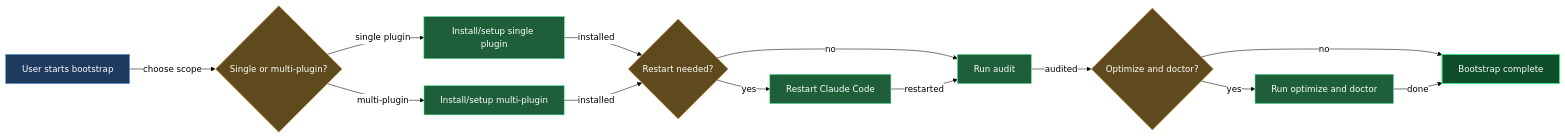
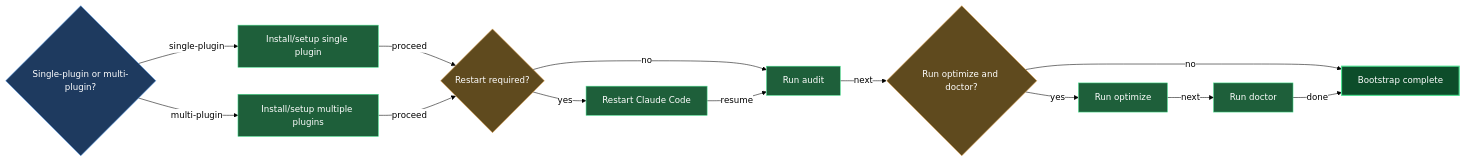
The diagram in claude/lazycortex-core/help/install-and-audit.md (mebius-san/lazy-cortex), drawn with Mermaid before and after one commit. The commit also changed other lines of this file and 35 other files, not shown here.

````diff
--- a/claude/lazycortex-core/help/install-and-audit.md
+++ b/claude/lazycortex-core/help/install-and-audit.md
@@ -105,43 +105,43 @@
 ```mermaid
 %%{init: {'themeVariables':{'background':'transparent','lineColor':'#000','textColor':'#000','edgeLabelBackground':'#fff'},'themeCSS':'.edgeLabel{background-color:transparent!important}.edgeLabel p{background-color:transparent!important}','flowchart':{'diagramPadding':5,'useMaxWidth':true}}}%%
 flowchart LR
-  userStartsBootstrap[User starts bootstrap]
-  singleOrMultiPlugin{Single or multi-plugin?}
-  installSetupSingle[Install/setup single plugin]
-  installSetupMulti[Install/setup multi-plugin]
-  restartNeeded{Restart needed?}
-  restartClaude[Restart Claude Code]
+  chooseBootstrapMode{Single-plugin or multi-plugin?}
+  installSinglePlugin[Install/setup single plugin]
+  installMultiplePlugins[Install/setup multiple plugins]
+  restartNeeded{Restart required?}
+  restartClaudeCode[Restart Claude Code]
   runAudit[Run audit]
-  optimizeDoctor{Optimize and doctor?}
-  runOptimizeDoctor[Run optimize and doctor]
+  optimizeDoctorNeeded{Run optimize and doctor?}
+  runOptimize[Run optimize]
+  runDoctor[Run doctor]
   bootstrapComplete[Bootstrap complete]
 
-  userStartsBootstrap -->|choose scope| singleOrMultiPlugin
-  singleOrMultiPlugin -->|single plugin| installSetupSingle
-  singleOrMultiPlugin -->|multi-plugin| installSetupMulti
-  installSetupSingle -->|installed| restartNeeded
-  installSetupMulti -->|installed| restartNeeded
-  restartNeeded -->|yes| restartClaude
+  chooseBootstrapMode -->|single-plugin| installSinglePlugin
+  chooseBootstrapMode -->|multi-plugin| installMultiplePlugins
+  installSinglePlugin -->|proceed| restartNeeded
+  installMultiplePlugins -->|proceed| restartNeeded
+  restartNeeded -->|yes| restartClaudeCode
   restartNeeded -->|no| runAudit
-  restartClaude -->|restarted| runAudit
-  runAudit -->|audited| optimizeDoctor
-  optimizeDoctor -->|yes| runOptimizeDoctor
-  optimizeDoctor -->|no| bootstrapComplete
-  runOptimizeDoctor -->|done| bootstrapComplete
+  restartClaudeCode -->|resume| runAudit
+  runAudit -->|next| optimizeDoctorNeeded
+  optimizeDoctorNeeded -->|yes| runOptimize
+  optimizeDoctorNeeded -->|no| bootstrapComplete
+  runOptimize -->|next| runDoctor
+  runDoctor -->|done| bootstrapComplete
 
   classDef entry fill:#1e3a5f,stroke:#4a90e2,color:#fff
   classDef guard fill:#5f4a1e,stroke:#e2a14a,color:#fff
   classDef action fill:#1e5f3a,stroke:#4ae290,color:#fff
   classDef success fill:#0d4d2a,stroke:#4ae290,color:#fff,stroke-width:2px
 
-  class userStartsBootstrap entry
-  class singleOrMultiPlugin guard
+  class chooseBootstrapMode entry
   class restartNeeded guard
-  class optimizeDoctor guard
-  class installSetupSingle action
-  class installSetupMulti action
-  class restartClaude action
+  class optimizeDoctorNeeded guard
+  class installSinglePlugin action
+  class installMultiplePlugins action
+  class restartClaudeCode action
   class runAudit action
-  class runOptimizeDoctor action
+  class runOptimize action
+  class runDoctor action
   class bootstrapComplete success
 ```
````
